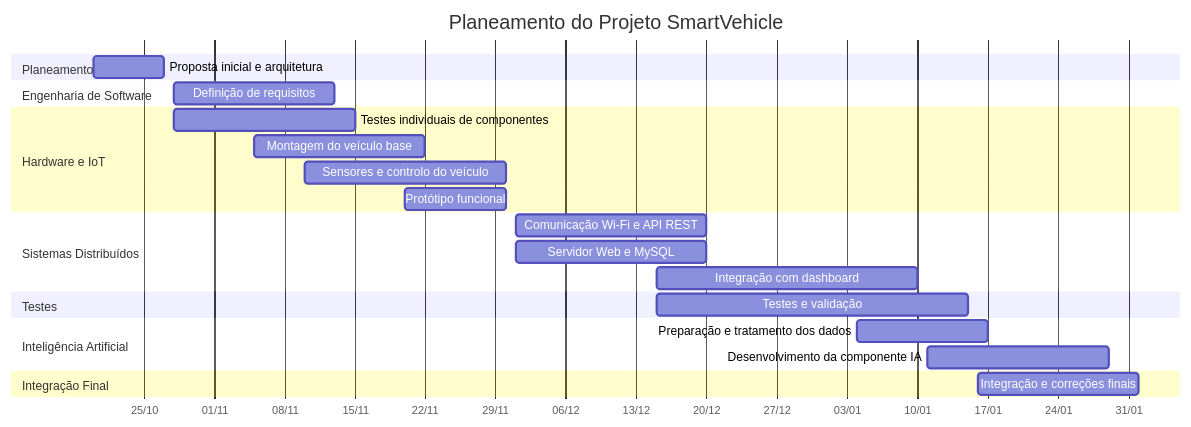
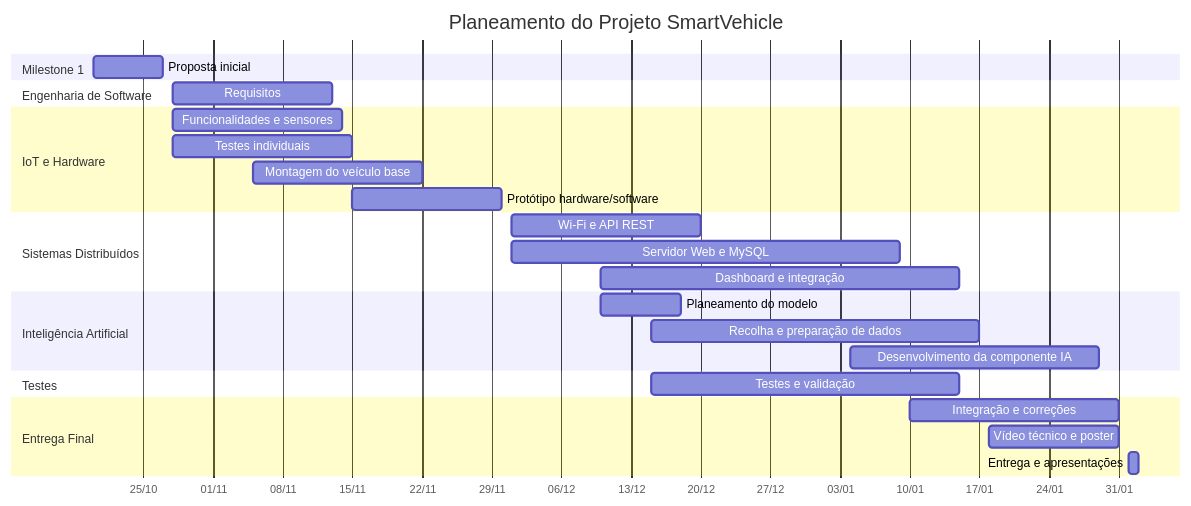
The diagram in Documentacao/1aEntrega/README.md (JohnS-maker/smartvehicle-pbl), drawn with Mermaid before and after one commit. The commit also changed other lines of this file, not shown here.

Commit message:
Revise project timeline and Gantt chart details
Update project timeline and milestones

````diff
--- a/Documentacao/1aEntrega/README.md
+++ b/Documentacao/1aEntrega/README.md
@@ -505,33 +506,36 @@
 ```mermaid
 gantt
     title Planeamento do Projeto SmartVehicle
     dateFormat  YYYY-MM-DD
     axisFormat  %d/%m
 
-    section Planeamento
-    Proposta inicial e arquitetura         :2026-10-20, 2026-10-27
+    section Milestone 1
+    Proposta inicial                     :2026-10-20, 2026-10-27
 
     section Engenharia de Software
-    Definição de requisitos                :2026-10-28, 2026-11-13
+    Requisitos                           :2026-10-28, 2026-11-13
 
-    section Hardware e IoT
-    Testes individuais de componentes      :2026-10-28, 2026-11-15
-    Montagem do veículo base               :2026-11-05, 2026-11-22
-    Sensores e controlo do veículo          :2026-11-10, 2026-11-30
-    Protótipo funcional                    :2026-11-20, 2026-11-30
+    section IoT e Hardware
+    Funcionalidades e sensores           :2026-10-28, 2026-11-14
+    Testes individuais                   :2026-10-28, 2026-11-15
+    Montagem do veículo base             :2026-11-05, 2026-11-22
+    Protótipo hardware/software          :2026-11-15, 2026-11-30
 
     section Sistemas Distribuídos
-    Comunicação Wi-Fi e API REST           :2026-12-01, 2026-12-20
-    Servidor Web e MySQL                   :2026-12-01, 2026-12-20
-    Integração com dashboard               :2026-12-15, 2027-01-10
+    Wi-Fi e API REST                     :2026-12-01, 2026-12-20
+    Servidor Web e MySQL                 :2026-12-01, 2027-01-09
+    Dashboard e integração               :2026-12-10, 2027-01-15
+
+    section Inteligência Artificial
+    Planeamento do modelo                :2026-12-10, 2026-12-18
+    Recolha e preparação de dados        :2026-12-15, 2027-01-17
+    Desenvolvimento da componente IA     :2027-01-04, 2027-01-29
 
     section Testes
-    Testes e validação                      :2026-12-15, 2027-01-15
+    Testes e validação                   :2026-12-15, 2027-01-15
 
-    section Inteligência Artificial
-    Preparação e tratamento dos dados       :2027-01-04, 2027-01-17
-    Desenvolvimento da componente IA        :2027-01-11, 2027-01-29
-
-    section Integração Final
-    Integração e correções finais            :2027-01-16, 2027-02-01
+    section Entrega Final
+    Integração e correções               :2027-01-10, 2027-01-31
+    Vídeo técnico e poster               :2027-01-18, 2027-01-31
+    Entrega e apresentações              :2027-02-01, 2027-02-02
 ```
````
